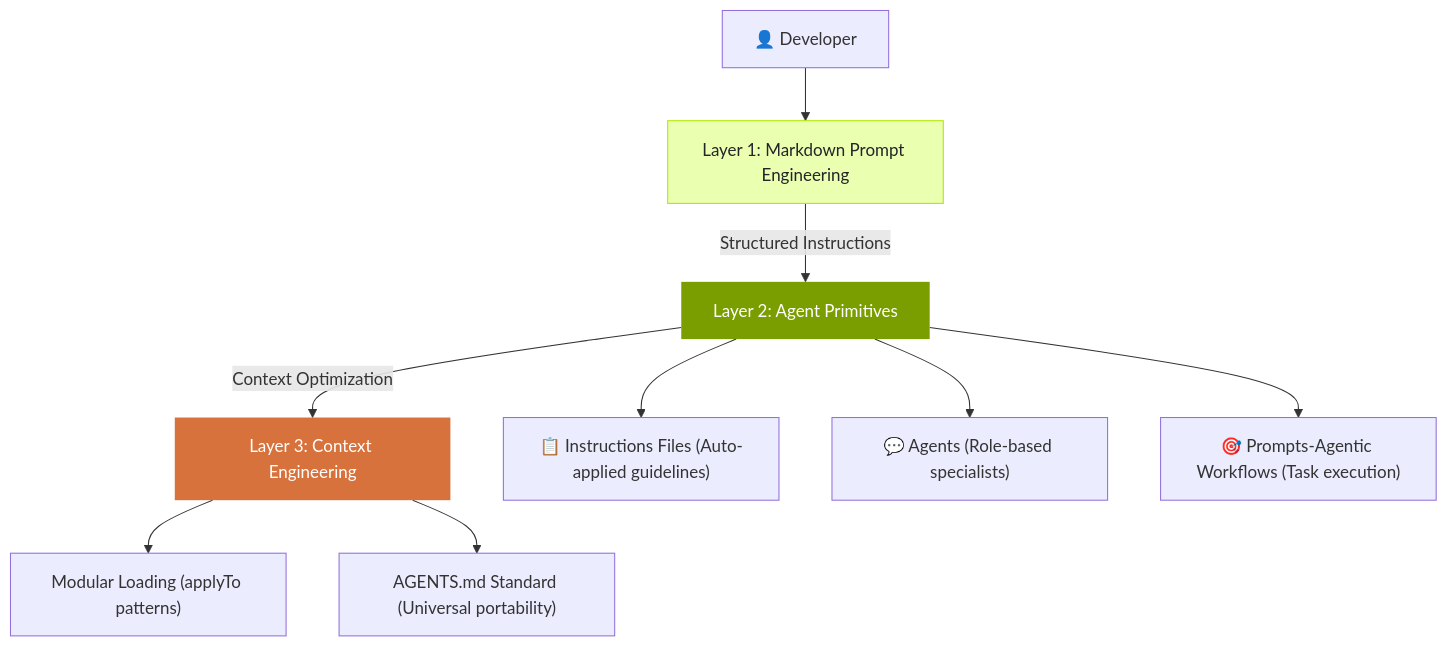
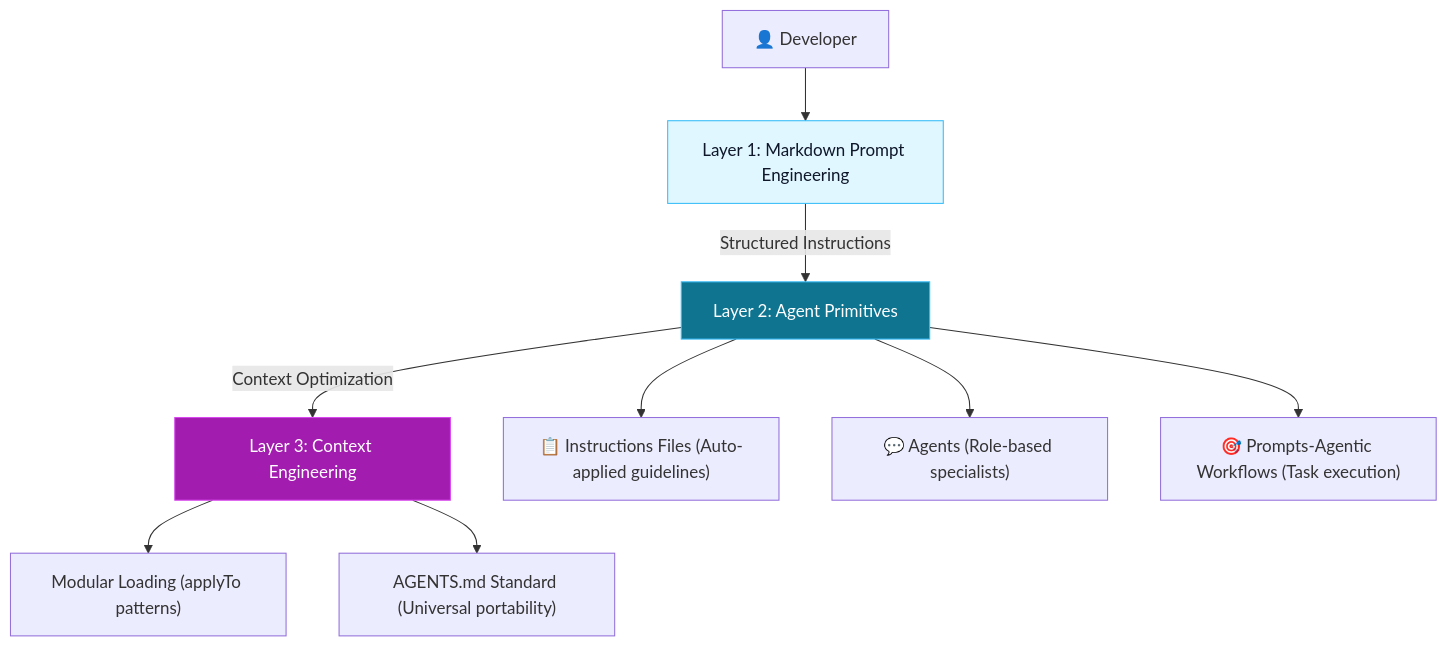
One commit to javiarmesto/ALDC-AL-Development-Collection changed the diagram in docs/framework/overview.md. Above: the diagram before and after it, drawn with Mermaid. The commit also changed 12 other files, not shown here.

````diff
--- a/docs/framework/overview.md
+++ b/docs/framework/overview.md
@@ -7,17 +7,17 @@
 ```mermaid
 graph TB
     Dev[👤 Developer] --> Layer1[Layer 1: Markdown Prompt Engineering]
     Layer1 --> |Structured Instructions| Layer2[Layer 2: Agent Primitives]
     Layer2 --> |Context Optimization| Layer3[Layer 3: Context Engineering]
     
     Layer2 --> Instructions["📋 Instructions Files (Auto-applied guidelines)"]
     Layer2 --> Agents["💬 Agents (Role-based specialists)"]
     Layer2 --> Prompts["🎯 Prompts-Agentic Workflows (Task execution)"]
     
     Layer3 --> Modular["Modular Loading (applyTo patterns)"]
     Layer3 --> AGENTSMD["AGENTS.md Standard (Universal portability)"]
     
-    style Layer1 fill:#ebffb1,color:#232529,stroke:#ade900
-    style Layer2 fill:#7a9e00,color:#fff,stroke:none
-    style Layer3 fill:#d8723c,color:#fff,stroke:none
+    style Layer1 fill:#E0F7FF,color:#0F172A,stroke:#38BDF8
+    style Layer2 fill:#0E7490,color:#fff,stroke:#38BDF8
+    style Layer3 fill:#A21CAF,color:#fff,stroke:#D946EF
 ```
````
